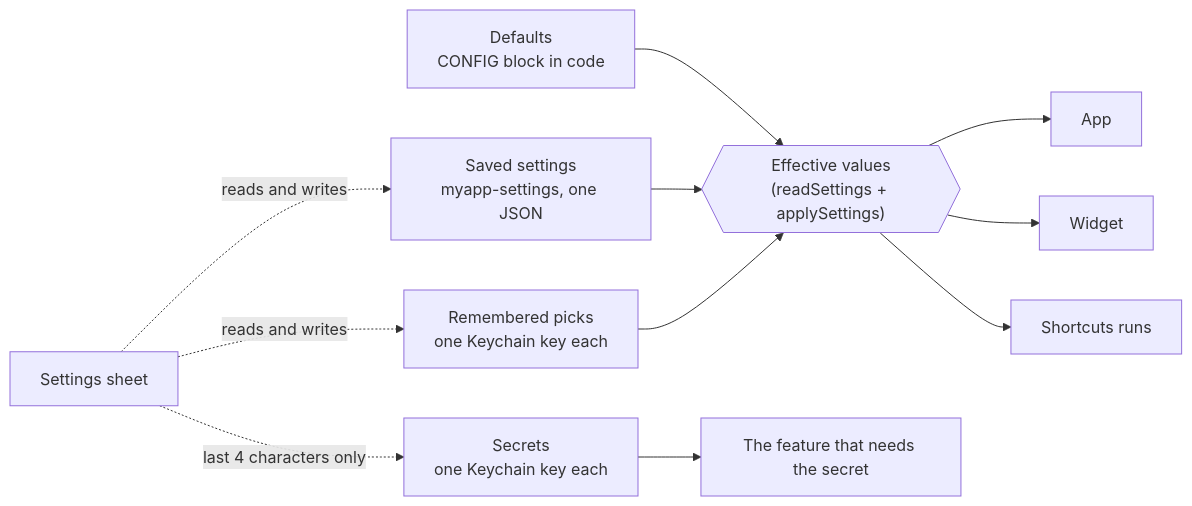
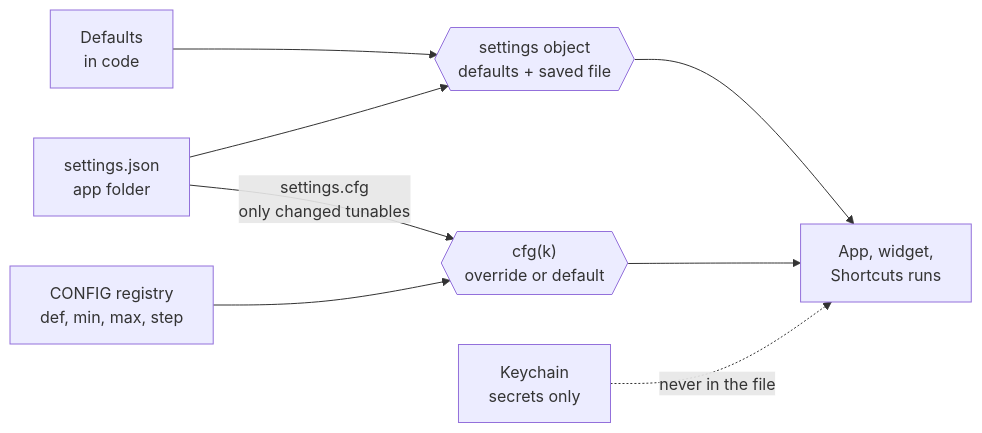
Before and after one commit to gadominas/app-blueprints: the diagram in blueprints/settings.md, drawn with Mermaid. The commit also changed other lines of this file and 2 other files, not shown here.

Commit message:
Settings blueprint: rebuilt on BlogPulse, common Appearance (palettes, layout, text size, font) and tunables registry; no AI content

````diff
--- a/blueprints/settings.md
+++ b/blueprints/settings.md
@@ -55,14 +56,10 @@
 ```mermaid
 flowchart LR
-  D["Defaults<br/>CONFIG block in code"] --> E{{"Effective values<br/>(readSettings + applySettings)"}}
-  S["Saved settings<br/>myapp-settings, one JSON"] --> E
-  K["Secrets<br/>one Keychain key each"] --> R
-  P["Remembered picks<br/>one Keychain key each"] --> E
-  E --> A["App"]
-  E --> W["Widget"]
-  E --> X["Shortcuts runs"]
-  R["The feature that needs the secret"]
-  SH["Settings sheet"] -. reads and writes .-> S
-  SH -. last 4 characters only .-> K
-  SH -. reads and writes .-> P
+  D["Defaults<br/>in code"] --> M{{"settings object<br/>defaults + saved file"}}
+  F["settings.json<br/>app folder"] --> M
+  R["CONFIG registry<br/>def, min, max, step"] --> C{{"cfg(k)<br/>override or default"}}
+  F -- "settings.cfg<br/>only changed tunables" --> C
+  M --> A["App, widget,<br/>Shortcuts runs"]
+  C --> A
+  K["Keychain<br/>secrets only"] -. never in the file .-> A
 ```
````
